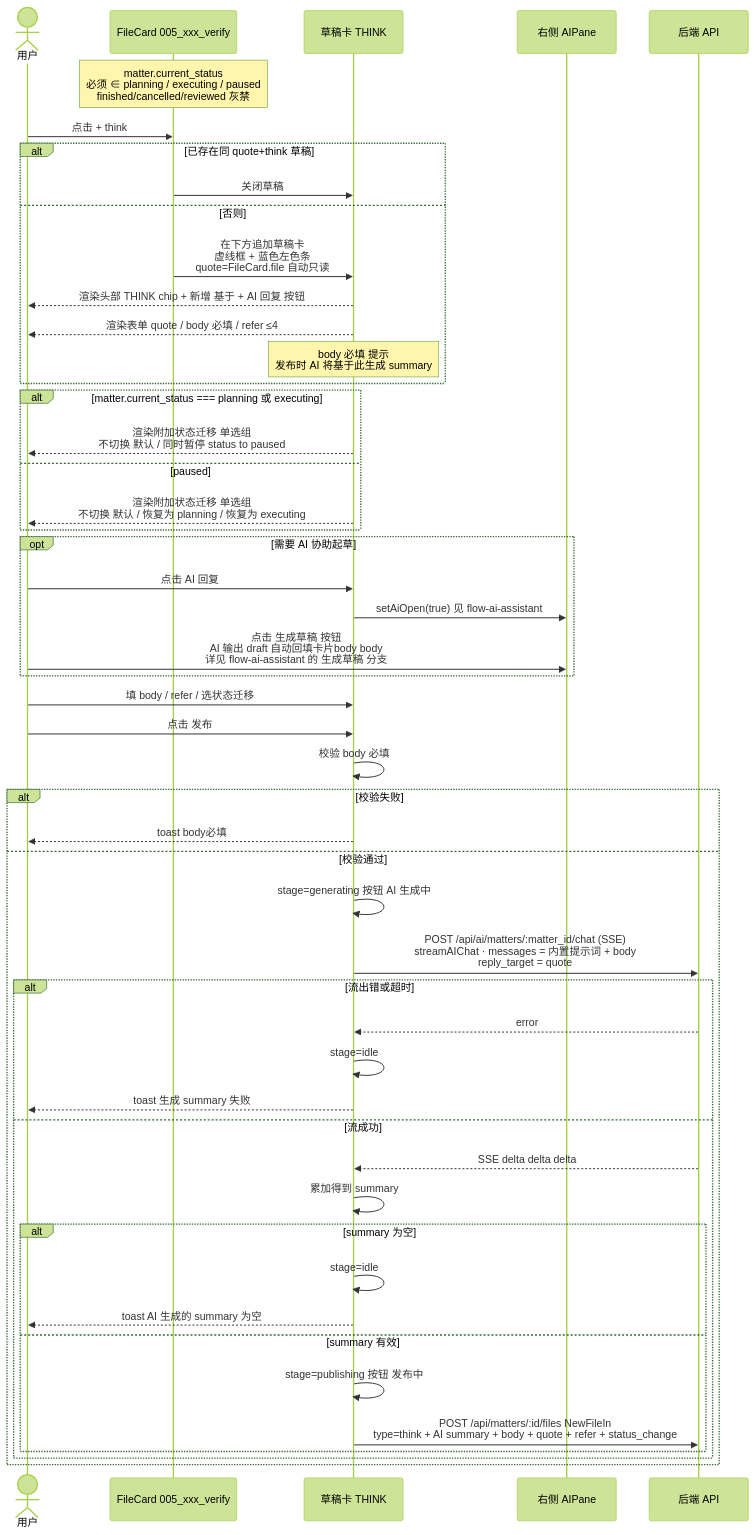
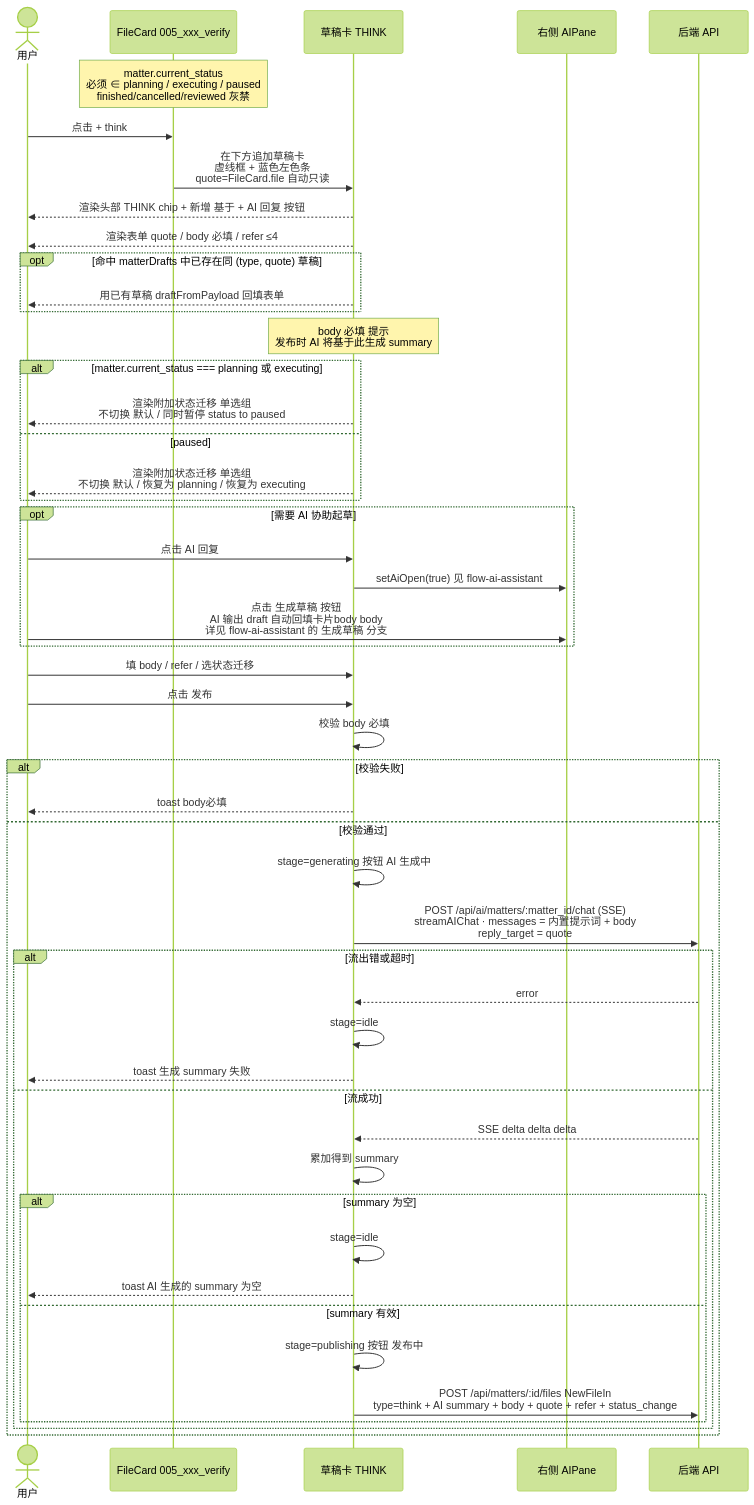
The diagram in AI-docs/workflow-interaction/flow-think-card.md (Tjk666Tjk6660/team-pivot-web), drawn with Mermaid (forest theme) before and after one commit. The commit also changed 6 other files, not shown here.

Commit message:
docs(matter): add workflow-interaction sequence diagram

````diff
--- a/AI-docs/workflow-interaction/flow-think-card.md
+++ b/AI-docs/workflow-interaction/flow-think-card.md
@@ -10,60 +10,59 @@
 ```mermaid
 sequenceDiagram
   actor U as 用户
   participant FC as FileCard 005_xxx_verify
   participant DC as 草稿卡 THINK
   participant AP as 右侧 AIPane
   participant API as 后端 API
 
   Note over FC: matter.current_status<br/>必须 ∈ planning / executing / paused<br/>finished/cancelled/reviewed 灰禁
 
   U->>FC: 点击 + think
-  alt 已存在同 quote+think 草稿
-    FC->>DC: 关闭草稿
-  else 否则
-    FC->>DC: 在下方追加草稿卡<br/>虚线框 + 蓝色左色条<br/>quote=FileCard.file 自动只读
-    DC-->>U: 渲染头部 THINK chip + 新增 基于 + AI 回复 按钮
-    DC-->>U: 渲染表单 quote / body 必填 / refer ≤4
-    Note over DC: body 必填 提示<br/>发布时 AI 将基于此生成 summary
+  FC->>DC: 在下方追加草稿卡<br/>虚线框 + 蓝色左色条<br/>quote=FileCard.file 自动只读
+  DC-->>U: 渲染头部 THINK chip + 新增 基于 + AI 回复 按钮
+  DC-->>U: 渲染表单 quote / body 必填 / refer ≤4
+  opt 命中 matterDrafts 中已存在同 (type, quote) 草稿
+    DC-->>U: 用已有草稿 draftFromPayload 回填表单
   end
+  Note over DC: body 必填 提示<br/>发布时 AI 将基于此生成 summary
 
   alt matter.current_status === planning 或 executing
     DC-->>U: 渲染附加状态迁移 单选组<br/>不切换 默认 / 同时暂停 status to paused
   else paused
     DC-->>U: 渲染附加状态迁移 单选组<br/>不切换 默认 / 恢复为 planning / 恢复为 executing
   end
 
   opt 需要 AI 协助起草
     U->>DC: 点击 AI 回复
     DC->>AP: setAiOpen(true) 见 flow-ai-assistant
     U->>AP: 点击 生成草稿 按钮<br/>AI 输出 draft 自动回填卡片body body<br/>详见 flow-ai-assistant 的 生成草稿 分支
   end
 
   U->>DC: 填 body / refer / 选状态迁移
   U->>DC: 点击 发布
 
   DC->>DC: 校验 body 必填
   alt 校验失败
     DC-->>U: toast body必填
   else 校验通过
     DC->>DC: stage=generating 按钮 AI 生成中
 
     DC->>API: POST /api/ai/matters/:matter_id/chat (SSE)<br/>streamAIChat · messages = 内置提示词 + body<br/>reply_target = quote
     alt 流出错或超时
       API-->>DC: error
       DC->>DC: stage=idle
       DC-->>U: toast 生成 summary 失败
     else 流成功
       API-->>DC: SSE delta delta delta
       DC->>DC: 累加得到 summary
 
       alt summary 为空
         DC->>DC: stage=idle
         DC-->>U: toast AI 生成的 summary 为空
       else summary 有效
         DC->>DC: stage=publishing 按钮 发布中
         DC->>API: POST /api/matters/:id/files NewFileIn<br/>type=think + AI summary + body + quote + refer + status_change
       end
     end
   end
 ```
````
